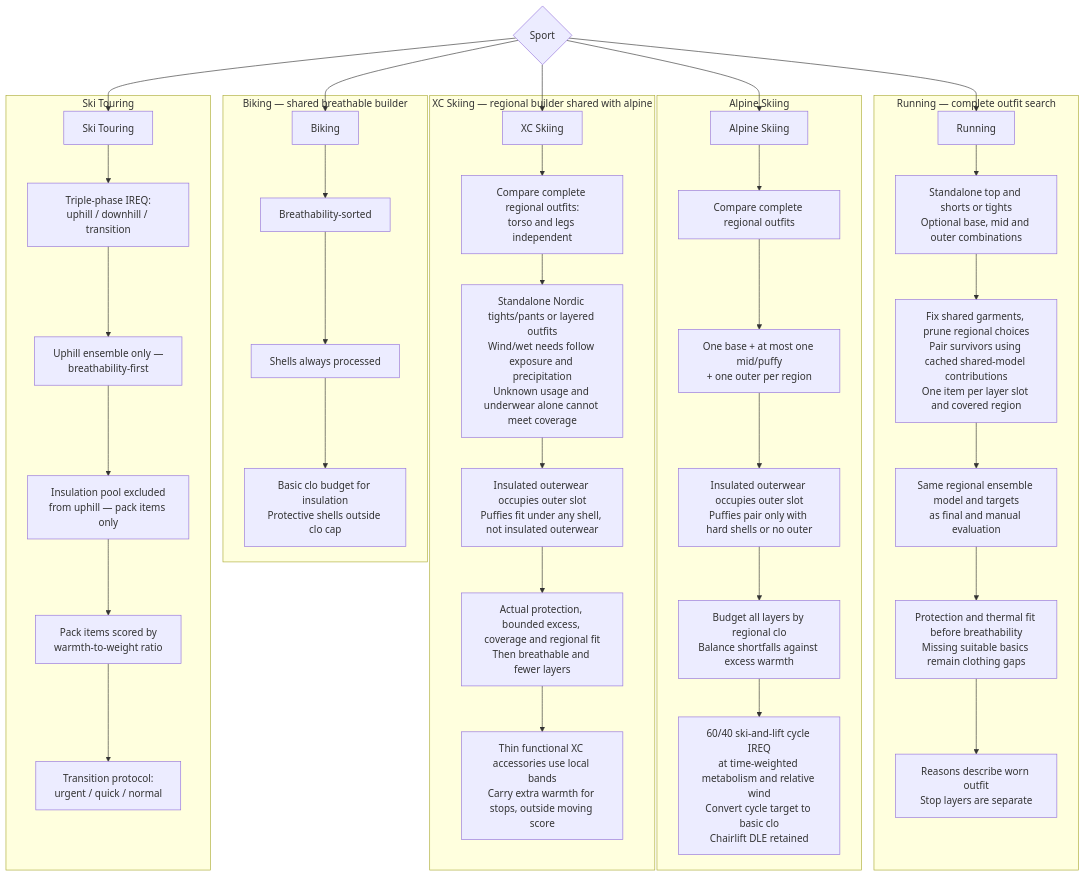
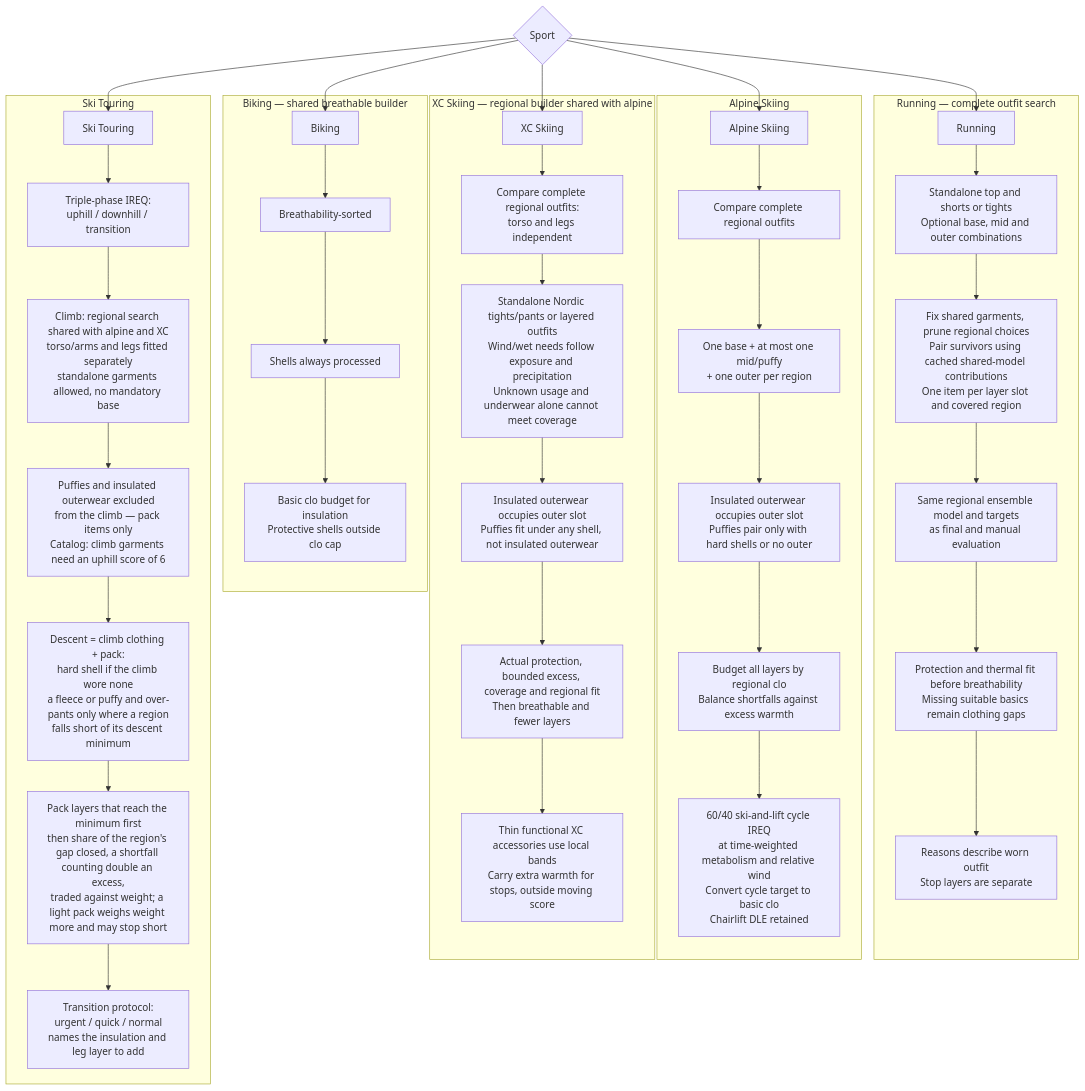
The fourth of 7 diagrams in README.md (derobertsw/swttr), drawn with Mermaid before and after one commit. The commit also changed other lines of this file and 12 other files, not shown here.

First line of the commit message:
Fit the touring climb per region and pack a descent leg layer (#372)

````diff
--- a/README.md
+++ b/README.md
@@ -187,46 +189,47 @@
 ```mermaid
 graph TD
     SPORT{Sport} --> RUN[Running]
     SPORT --> BIKE[Biking]
     SPORT --> ALP[Alpine Skiing]
     SPORT --> XC[XC Skiing]
     SPORT --> TOUR[Ski Touring]
 
     subgraph "Running — complete outfit search"
         RUN --> R1[Standalone top and shorts or tights<br/>Optional base, mid and outer combinations]
         R1 --> R2[Fix shared garments, prune regional choices<br/>Pair survivors using cached shared-model contributions<br/>One item per layer slot and covered region]
         R2 --> R3[Same regional ensemble model and targets<br/>as final and manual evaluation]
         R3 --> R4[Protection and thermal fit before breathability<br/>Missing suitable basics remain clothing gaps]
         R4 --> R5[Reasons describe worn outfit<br/>Stop layers are separate]
     end
 
     subgraph "Biking — shared breathable builder"
         BIKE --> B1[Breathability-sorted]
         B1 --> B2[Shells always processed]
         B2 --> B3[Basic clo budget for insulation<br/>Protective shells outside clo cap]
     end
 
     subgraph "Alpine Skiing"
         ALP --> A1[Compare complete regional outfits]
         A1 --> A2[One base + at most one mid/puffy<br/>+ one outer per region]
         A2 --> A3[Insulated outerwear occupies outer slot<br/>Puffies pair only with hard shells or no outer]
         A3 --> A4[Budget all layers by regional clo<br/>Balance shortfalls against excess warmth]
         A4 --> A5[60/40 ski-and-lift cycle IREQ<br/>at time-weighted metabolism and relative wind<br/>Convert cycle target to basic clo<br/>Chairlift DLE retained]
     end
 
     subgraph "XC Skiing — regional builder shared with alpine"
         XC --> X1[Compare complete regional outfits:<br/>torso and legs independent]
         X1 --> X2[Standalone Nordic tights/pants or layered outfits<br/>Wind/wet needs follow exposure and precipitation<br/>Unknown usage and underwear alone cannot meet coverage]
         X2 --> X3[Insulated outerwear occupies outer slot<br/>Puffies fit under any shell, not insulated outerwear]
         X3 --> X4[Actual protection, bounded excess, coverage and regional fit<br/>Then breathable and fewer layers]
         X4 --> X5[Thin functional XC accessories use local bands<br/>Carry extra warmth for stops, outside moving score]
     end
 
     subgraph "Ski Touring"
         TOUR --> T1a[Triple-phase IREQ:<br/>uphill / downhill / transition]
-        T1a --> T2a[Uphill ensemble only —<br/>breathability-first]
-        T2a --> T3a[Insulation pool excluded<br/>from uphill — pack items only]
-        T3a --> T4a[Pack items scored by<br/>warmth-to-weight ratio]
-        T4a --> T5a[Transition protocol:<br/>urgent / quick / normal]
+        T1a --> T2a[Climb: regional search shared with alpine and XC<br/>torso/arms and legs fitted separately<br/>standalone garments allowed, no mandatory base]
+        T2a --> T3a[Puffies and insulated outerwear excluded<br/>from the climb — pack items only<br/>Catalog: climb garments need an uphill score of 6]
+        T3a --> T4a[Descent = climb clothing + pack:<br/>hard shell if the climb wore none<br/>a fleece or puffy and over-pants only where a region<br/>falls short of its descent minimum]
+        T4a --> T6a[Pack layers that reach the minimum first<br/>then share of the region's gap closed, a shortfall counting double an excess,<br/>traded against weight; a light pack weighs weight more and may stop short]
+        T6a --> T5a[Transition protocol:<br/>urgent / quick / normal<br/>names the insulation and leg layer to add]
     end
 ```
````
